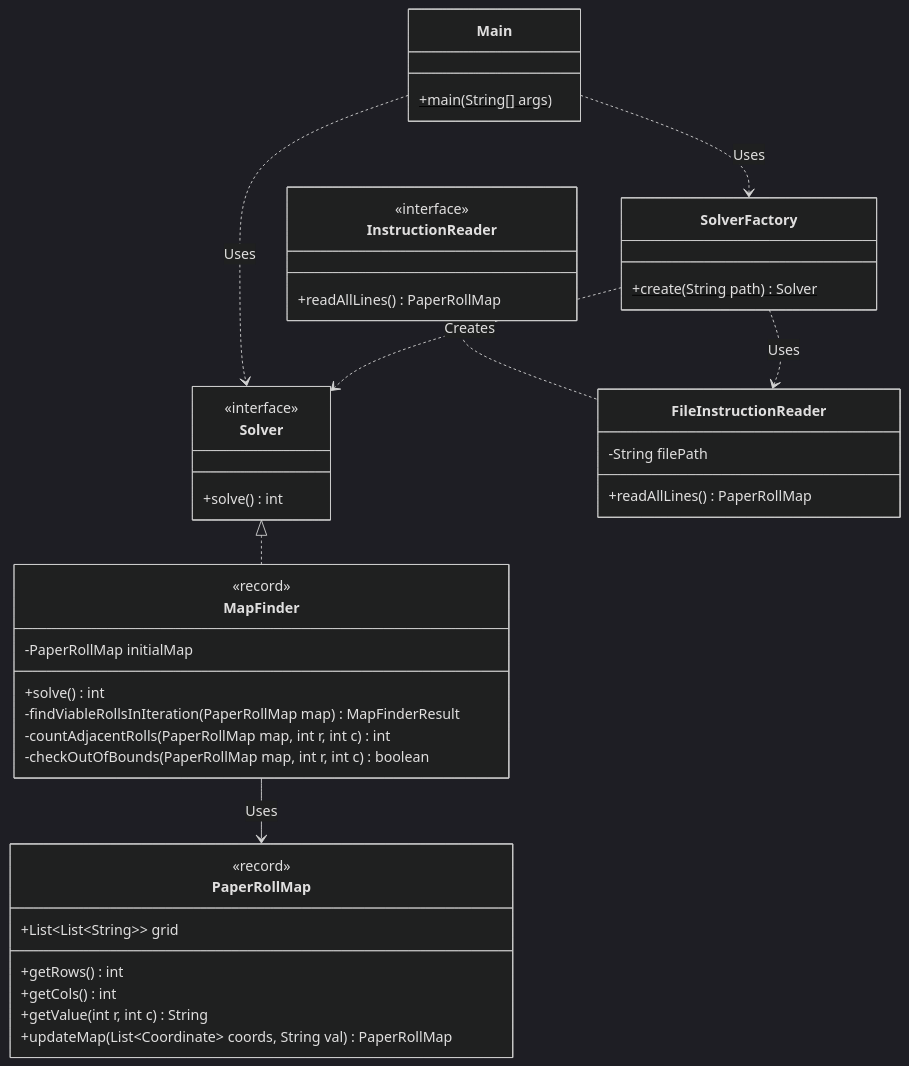
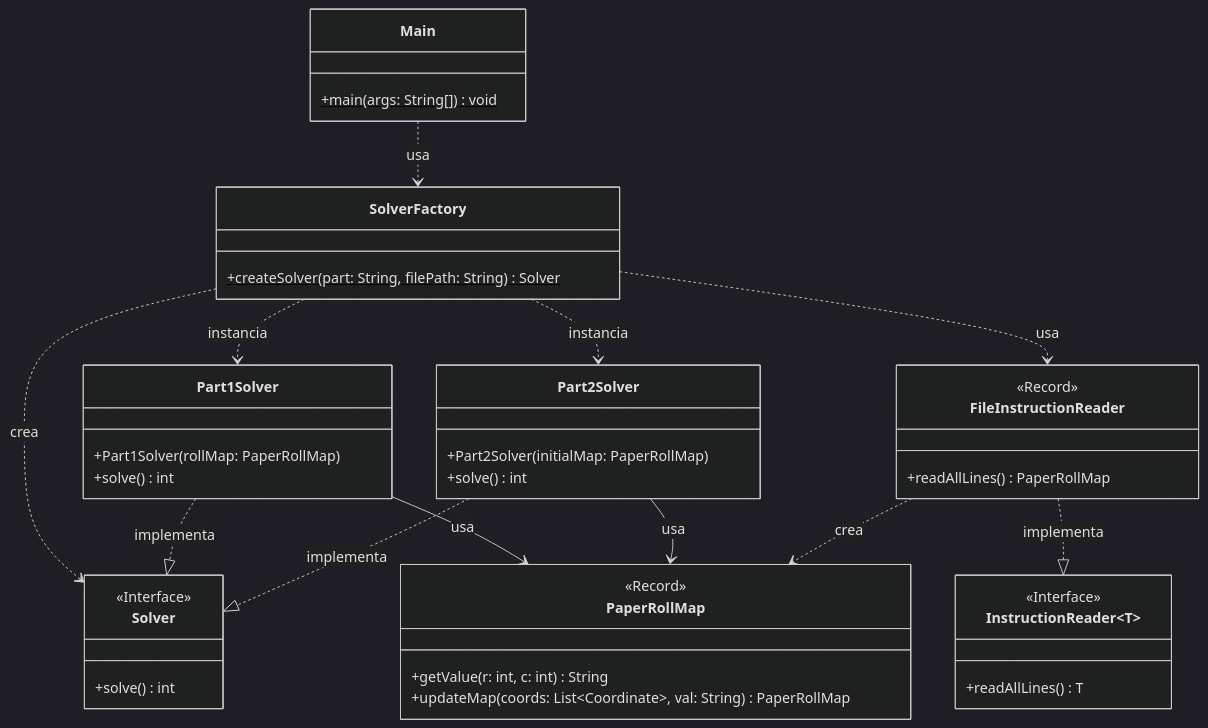
The diagram in README.md (Carlossr2401/AdventOfCode4-2025), drawn with Mermaid (dark theme) before and after one commit. The commit also changed other lines of this file and 21 other files, not shown here.

````diff
--- a/README.md
+++ b/README.md
@@ -75,45 +44,56 @@
 ```mermaid
 classDiagram
-    class MainB["Main"] {
-        +main(String[] args)$
+    class Main {
+        +main(args: String[]) void$
     }
-    class SolverB["Solver"] {
-        <<interface>>
+
+    class SolverFactory {
+        +createSolver(part: String, filePath: String) Solver$
+    }
+
+    class Solver {
+        <<Interface>>
         +solve() int
     }
-    class InstructionReaderB["InstructionReader"] {
-        <<interface>>
+
+    class Part1Solver {
+        +Part1Solver(rollMap: PaperRollMap)
+        +solve() int
+    }
+
+    class Part2Solver {
+        +Part2Solver(initialMap: PaperRollMap)
+        +solve() int
+    }
+
+    class InstructionReader~T~ {
+        <<Interface>>
+        +readAllLines() T
+    }
+
+    class FileInstructionReader {
+        <<Record>>
         +readAllLines() PaperRollMap
     }
-    class FileInstructionReaderB["FileInstructionReader"] {
-        -String filePath
-        +readAllLines() PaperRollMap
-    }
-    class MapFinderB["MapFinder"] {
-        <<record>>
-        -PaperRollMap initialMap
-        +solve() int
-        -findViableRollsInIteration(PaperRollMap map) MapFinderResult
-        -countAdjacentRolls(PaperRollMap map, int r, int c) int
-        -checkOutOfBounds(PaperRollMap map, int r, int c) boolean
-    }
-    class SolverFactoryB["SolverFactory"] {
-        +create(String path)$ Solver
-    }
-    class PaperRollMapB["PaperRollMap"] {
-        <<record>>
-        +List~List~String~~ grid
-        +getRows() int
-        +getCols() int
-        +getValue(int r, int c) String
-        +updateMap(List~Coordinate~ coords, String val) PaperRollMap
+
+    class PaperRollMap {
+        <<Record>>
+        +getValue(r: int, c: int) String
+        +updateMap(coords: List~Coordinate~, val: String) PaperRollMap
     }
 
-    MainB ..> SolverFactoryB : Uses
-    MainB ..> SolverB : Uses
-    SolverB <|.. MapFinderB
-    InstructionReaderB <|.. FileInstructionReaderB
-    SolverFactoryB ..> SolverB : Creates
-    SolverFactoryB ..> FileInstructionReaderB : Uses
-    MapFinderB --> PaperRollMapB : Uses
+    Main ..> SolverFactory : usa
+    SolverFactory ..> Solver : crea
+    SolverFactory ..> Part1Solver : instancia
+    SolverFactory ..> Part2Solver : instancia
+    SolverFactory ..> FileInstructionReader : usa
+
+    Part1Solver ..|> Solver : implementa
+    Part2Solver ..|> Solver : implementa
+
+    Part1Solver --> PaperRollMap : usa
+    Part2Solver --> PaperRollMap : usa
+
+    FileInstructionReader ..|> InstructionReader : implementa
+    FileInstructionReader ..> PaperRollMap : crea
 ```
````
